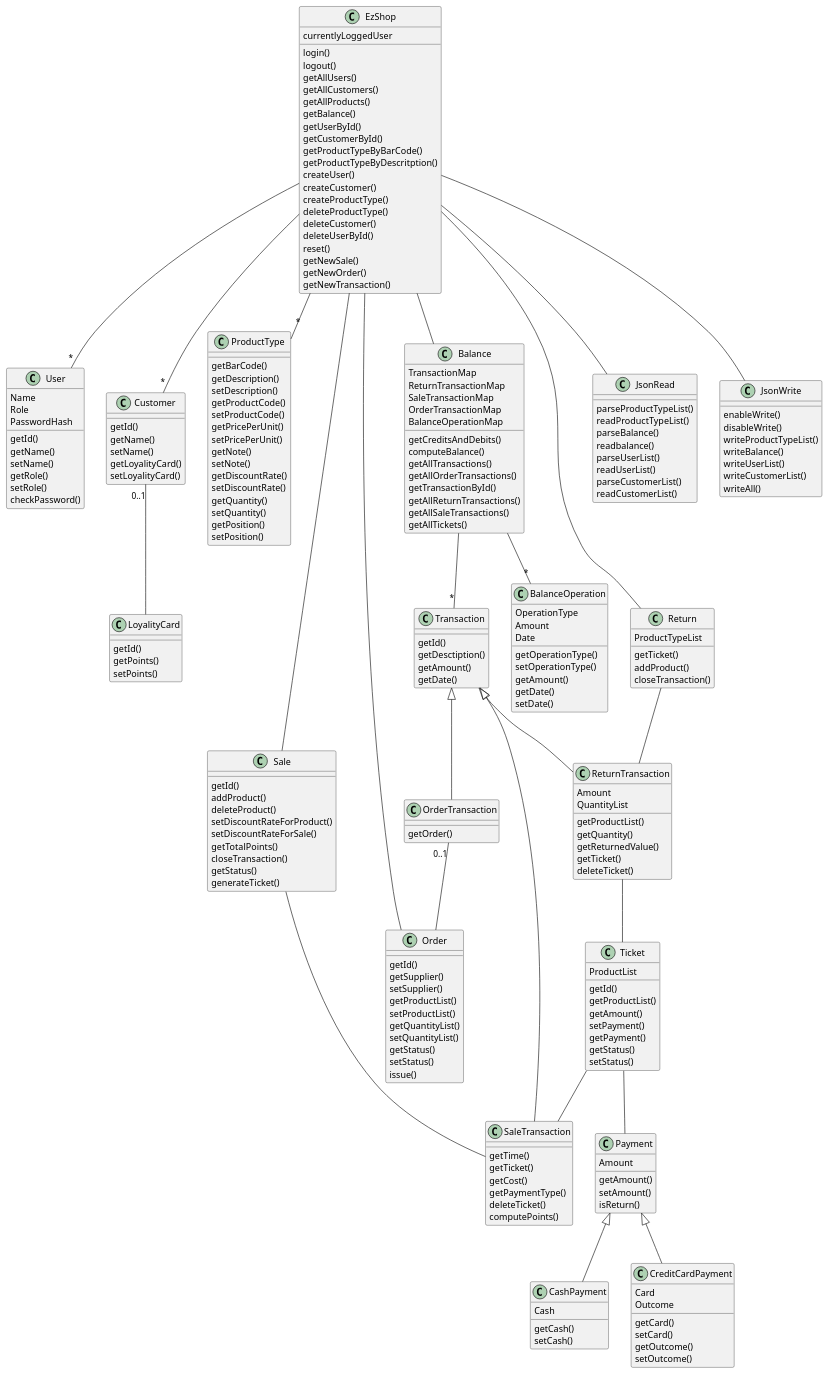
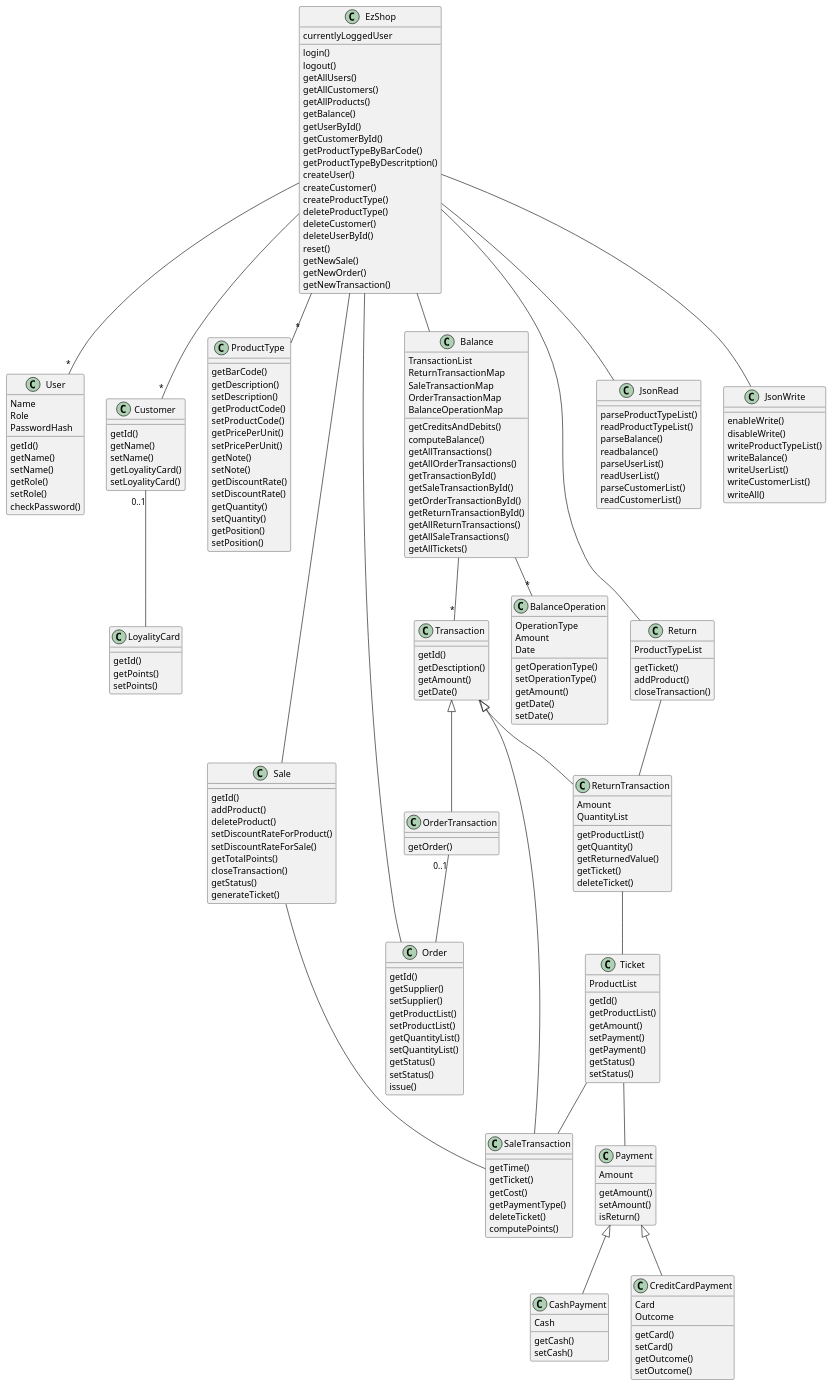
The second of 2 diagrams in Deliverables/DesignDocument.md (paolotron/EzshoProject31), drawn with PlantUML before and after one commit.

```diff
--- a/Deliverables/DesignDocument.md
+++ b/Deliverables/DesignDocument.md
@@ -205,7 +205,7 @@
     closeTransaction()
 }
 class Balance{
-    TransactionMap
+    TransactionList
     ReturnTransactionMap
     SaleTransactionMap
     OrderTransactionMap
@@ -215,6 +215,9 @@
     getAllTransactions()
     getAllOrderTransactions()
     getTransactionById()
+    getSaleTransactionById()
+    getOrderTransactionById()
+    getReturnTransactionById()
     getAllReturnTransactions()
     getAllSaleTransactions()
     getAllTickets()
```
